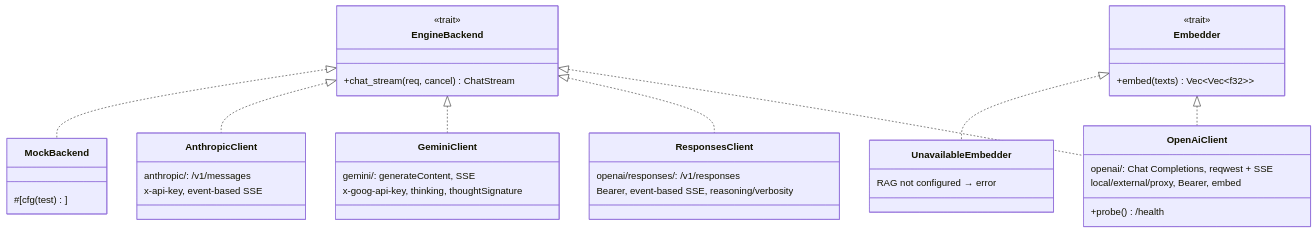
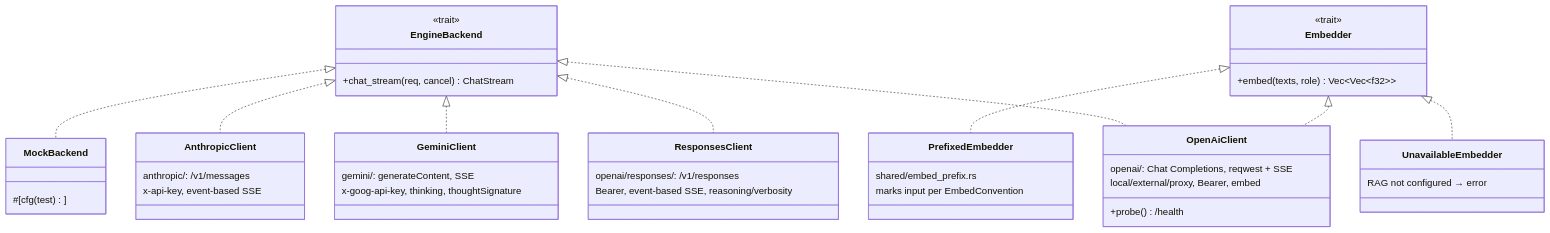
One commit to vshylov/mindfork-rs changed the sixth of 17 diagrams in docs/architecture.md. Above: the diagram before and after it, drawn with Mermaid. The commit also changed other lines of this file and 45 other files, not shown here.

````diff
--- a/docs/architecture.md
+++ b/docs/architecture.md
@@ -647,41 +652,46 @@
 ```mermaid
 classDiagram
     class EngineBackend {
         <<trait>>
         +chat_stream(req, cancel) ChatStream
     }
     class Embedder {
         <<trait>>
-        +embed(texts) Vec~Vec~f32~~
+        +embed(texts, role) Vec~Vec~f32~~
+    }
+    class PrefixedEmbedder {
+        shared/embed_prefix.rs
+        marks input per EmbedConvention
     }
     class OpenAiClient {
         openai/: Chat Completions, reqwest + SSE
         +probe() /health
         local/external/proxy, Bearer, embed
     }
     class ResponsesClient {
         openai/responses/: /v1/responses
         Bearer, event-based SSE, reasoning/verbosity
     }
     class GeminiClient {
         gemini/: generateContent, SSE
         x-goog-api-key, thinking, thoughtSignature
     }
     class AnthropicClient {
         anthropic/: /v1/messages
         x-api-key, event-based SSE
     }
     class UnavailableEmbedder {
         RAG not configured → error
     }
     class MockBackend {
         #[cfg(test)]
     }
     EngineBackend <|.. OpenAiClient
     EngineBackend <|.. ResponsesClient
     EngineBackend <|.. GeminiClient
     EngineBackend <|.. AnthropicClient
     EngineBackend <|.. MockBackend
     Embedder <|.. OpenAiClient
     Embedder <|.. UnavailableEmbedder
+    Embedder <|.. PrefixedEmbedder
 ```
````
